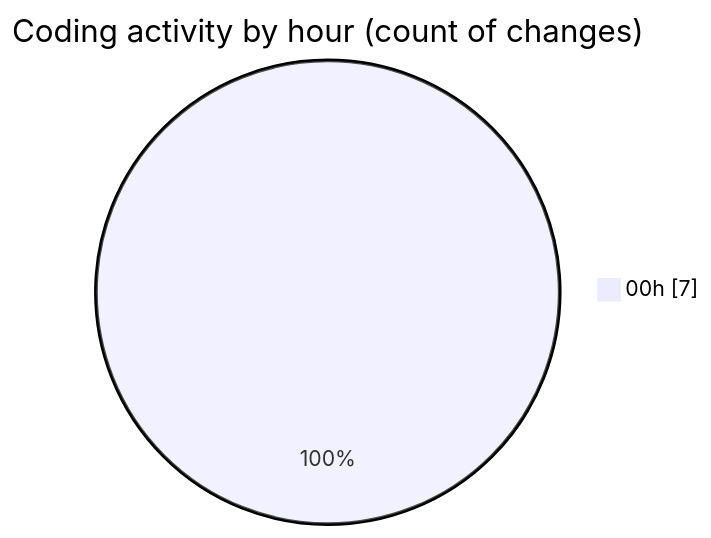
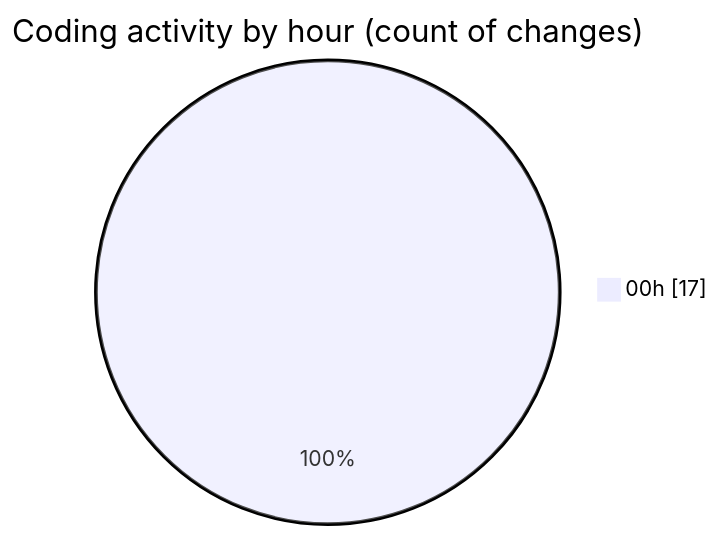
The second of 2 diagrams in 2026-02-25/student_performance_system/README.md (hasnaa123/code-tracking), drawn with Mermaid before and after one commit. The commit also changed other lines of this file and 1 other file, not shown here.

````diff
--- a/2026-02-25/student_performance_system/README.md
+++ b/2026-02-25/student_performance_system/README.md
@@ -28,5 +28,5 @@
 ```mermaid
 pie showData
 title Coding activity by hour (count of changes)
-"00h" : 7
+"00h" : 17
 ```
````
